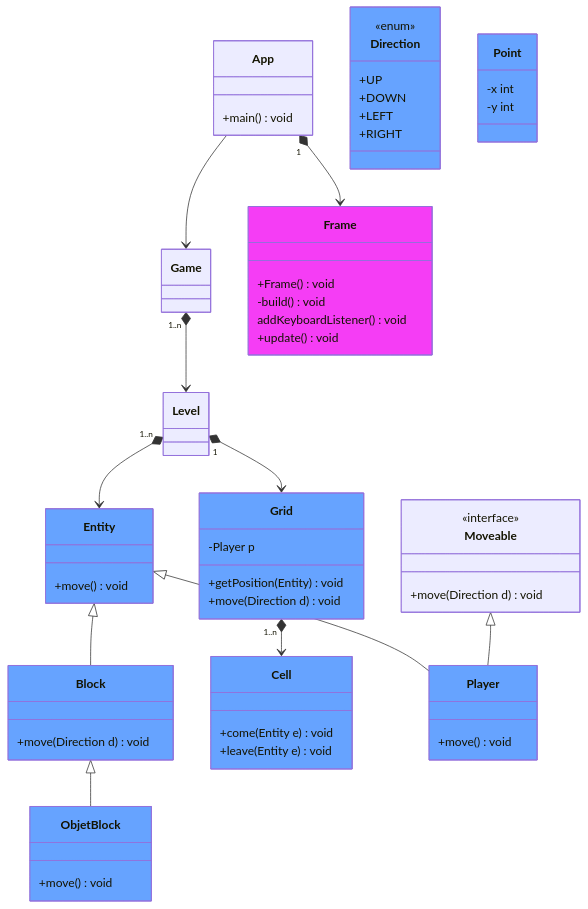
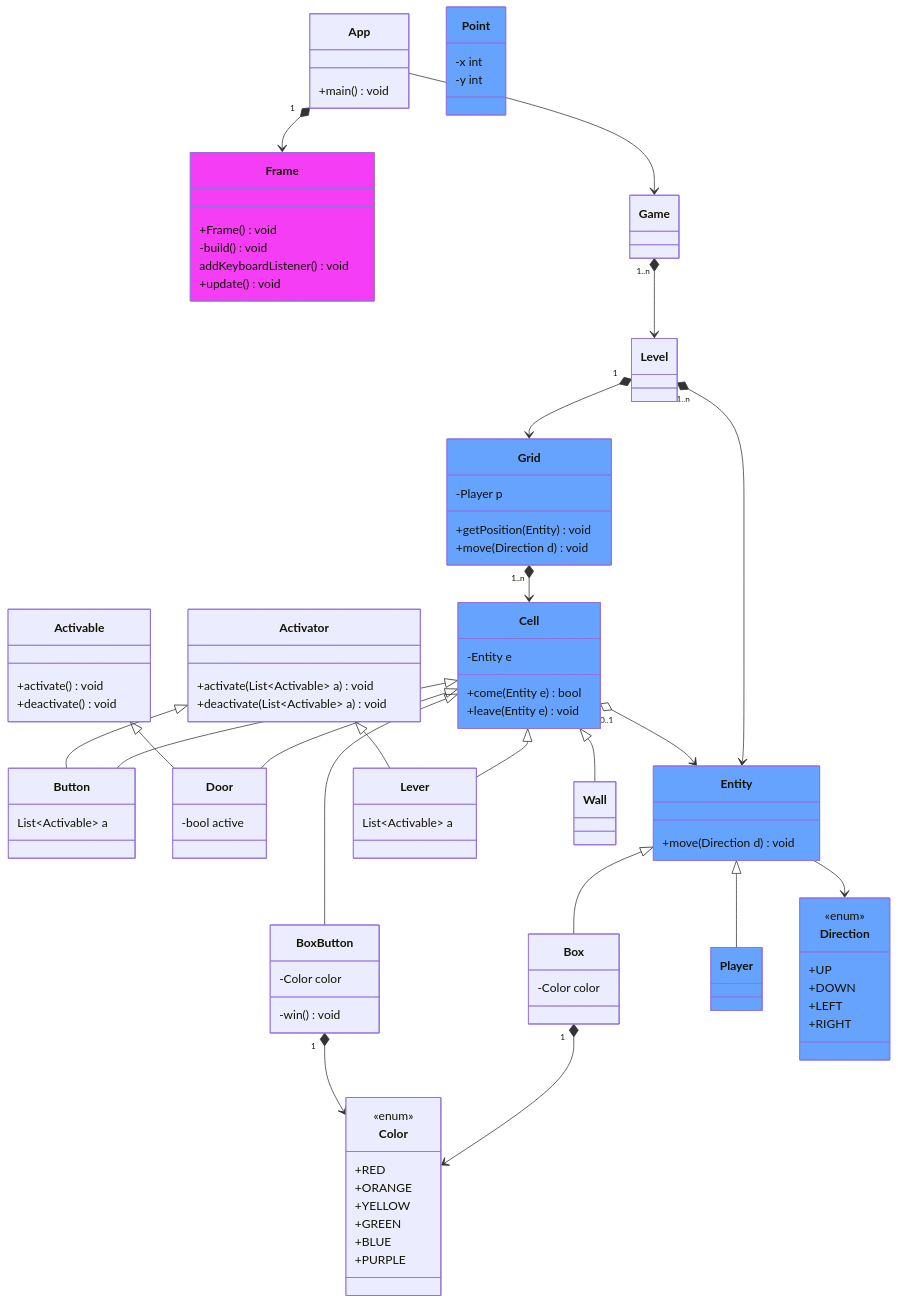
The diagram in doc/uml/classDiagram.md (Dorian-T/PIEDS), drawn with Mermaid before and after one commit.

Commit message:
Refactor UML class diagram for game entities and relationships

````diff
--- a/doc/uml/classDiagram.md
+++ b/doc/uml/classDiagram.md
@@ -7,33 +7,31 @@
 		+main() void
 	}
 
-	class Block {
-		+move(Direction d) void
+	class Box {
+		-Color color
+	}
+
+	class BoxButton {
+		-Color color
+		-win() void
+	}
+
+	class Button {
+		List~Activable~ a
 	}
 
 	class Cell {
-		+come(Entity e) void
+		-Entity e
+		+come(Entity e) bool
 		+leave(Entity e) void
 	}
 
-	class Direction {
-		<<enum>>
-		+UP
-		+DOWN
-		+LEFT
-		+RIGHT
+	class Door {
+		-bool active
 	}
 
 	class Entity {
-		+move() void
-	}
-
-	class Game {
-
-	}
-
-	class Grid {
-
+		+move(Direction d) void
 	}
 
 	class Frame {
@@ -41,6 +39,10 @@
 		-build() void
 		addKeyboardListener() void
 		+update() void
+	}
+
+	class Game {
+
 	}
 
 	class Grid {
@@ -53,22 +55,55 @@
 
 	}
 
-	class Moveable {
-		<<interface>>
-		+move(Direction d) void
-	}
-
-	class ObjetBlock {
-		+move() void
+	class Lever {
+		List~Activable~ a
 	}
 
 	class Player {
-		+move() void
+
 	}
 
 	class Point {
 		-x int
 		-y int
+	}
+
+	class Wall {
+
+	}
+
+
+	%% Enums
+
+	class Direction {
+		<<enum>>
+		+UP
+		+DOWN
+		+LEFT
+		+RIGHT
+	}
+
+	class Color {
+		<<enum>>
+		+RED
+		+ORANGE
+		+YELLOW
+		+GREEN
+		+BLUE
+		+PURPLE
+	}
+
+
+	%% Interfaces
+
+	class Activable {
+		+activate() void
+		+deactivate() void
+	}
+
+	class Activator {
+		+activate(List~Activable~ a) void
+		+deactivate(List~Activable~ a) void
 	}
 
 
@@ -80,10 +115,21 @@
 	Level "1" *--> Grid
 	Level "1..n" *--> Entity
 	Grid "1..n" *--> Cell
+	Cell "0..1" o--> Entity
+	Cell <|-- BoxButton
+	Cell <|-- Door
+	Cell <|-- Button
+	Cell <|-- Lever
+	Cell <|-- Wall
+	Entity --> Direction
+	Entity <|-- Box
 	Entity <|-- Player
-	Entity <|-- Block
-	Moveable <|-- Player
-	Block <|-- ObjetBlock
+	Box "1" *--> Color
+	BoxButton "1" *--> Color
+
+	Activator <|-- Button
+	Activator <|-- Lever
+	Activable <|-- Door
 
 
 	%% Styles
@@ -98,7 +144,6 @@
 	style Entity fill: #66a3ff
 	style Frame fill: #f53df5
 	style Grid fill: #66a3ff
-	style ObjetBlock fill: #66a3ff
 	style Player fill: #66a3ff
 	style Point fill: #66a3ff
 ```
````
